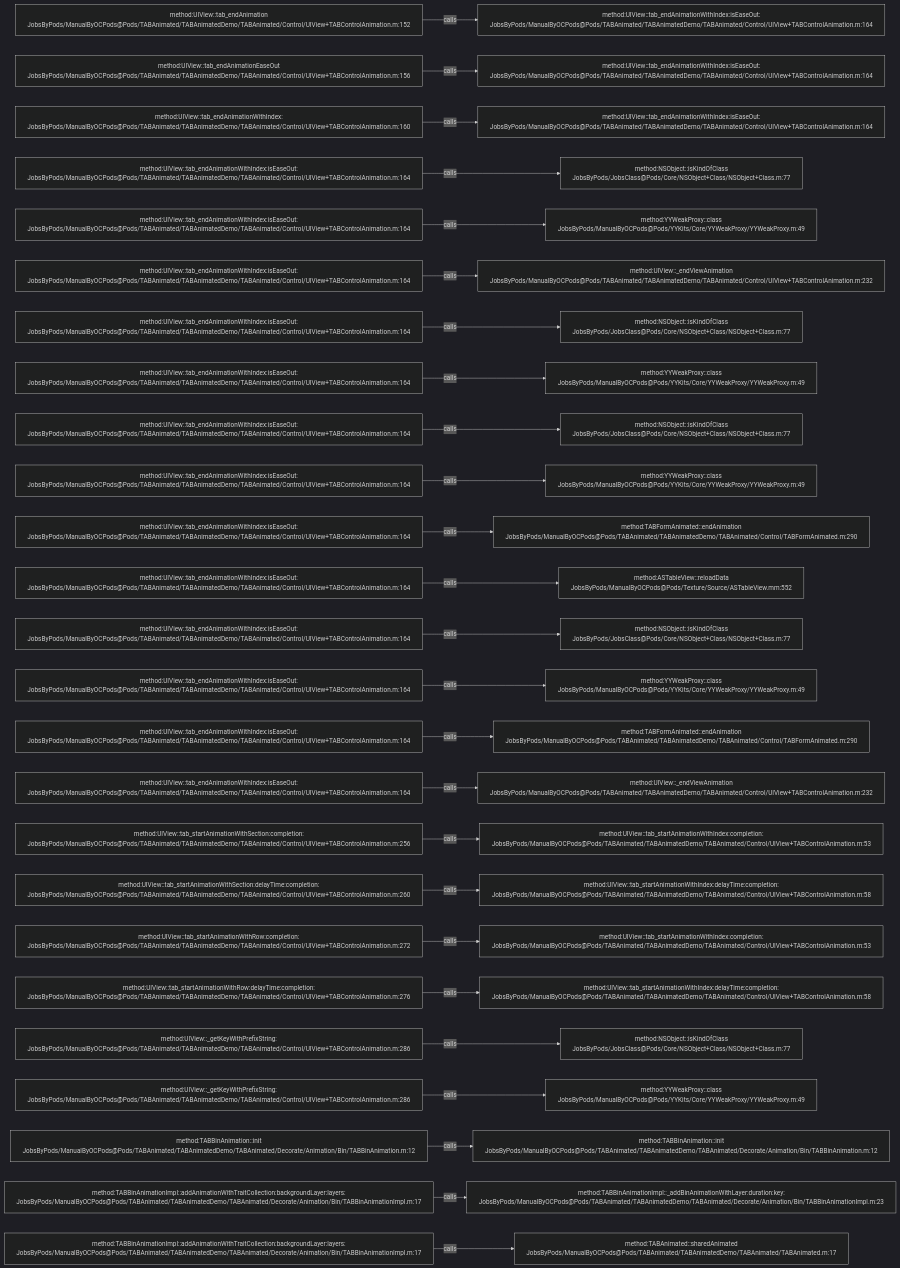
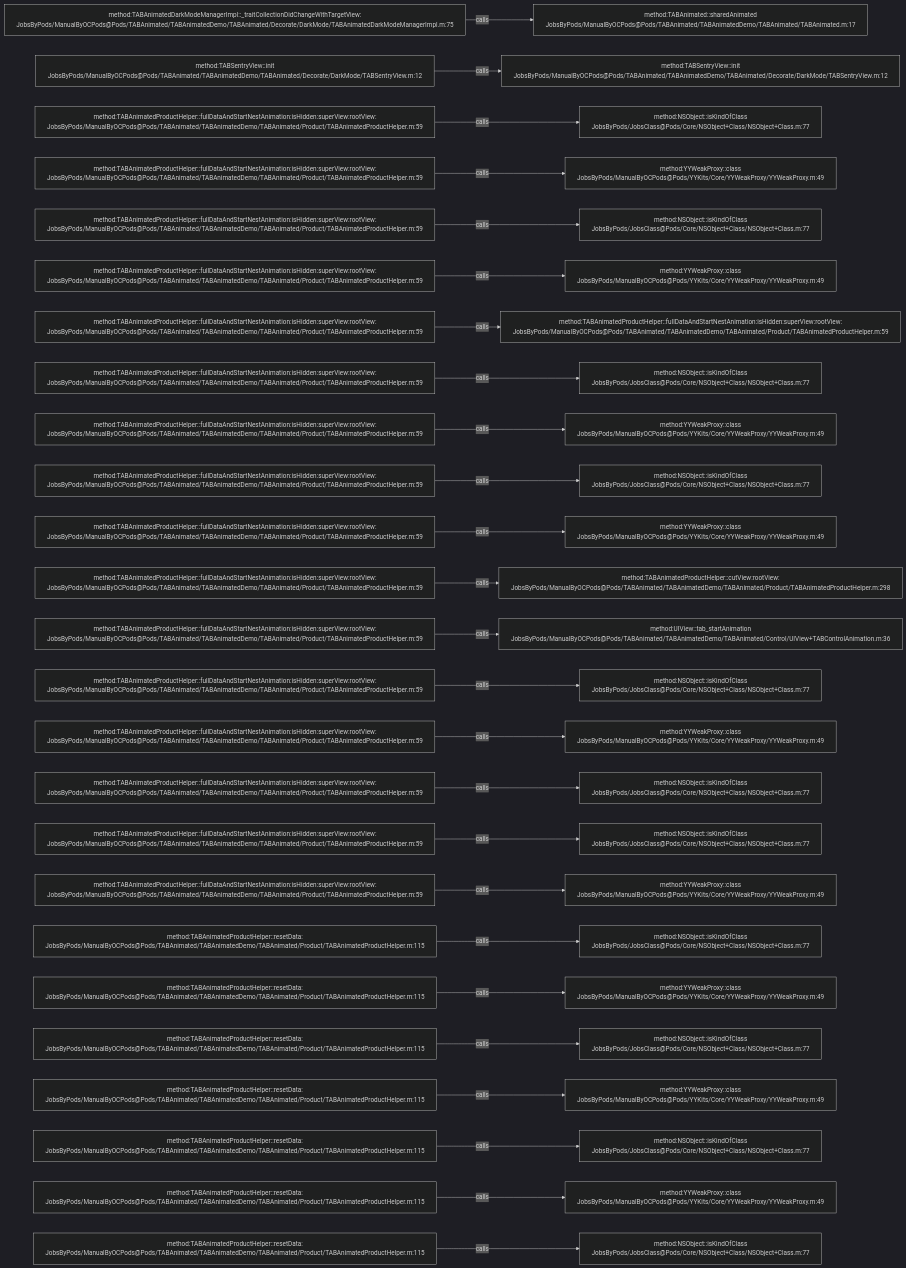
Before and after one commit to JobsKits/JobsOCBaseConfigDemo: the diagram in .codegraph/codegraph.md/graphs/calls-025.md, drawn with Mermaid (dark theme). The commit also changed 1448 other files, not shown here.

````diff
--- a/.codegraph/codegraph.md/graphs/calls-025.md
+++ b/.codegraph/codegraph.md/graphs/calls-025.md
@@ -13,78 +13,78 @@
 ```mermaid
 flowchart LR
-  S1["method:UIView::tab_endAnimation<br/>JobsByPods/ManualByOCPods@Pods/TABAnimated/TABAnimatedDemo/TABAnimated/Control/UIView+TABControlAnimation.m:152"]
-  T1["method:UIView::tab_endAnimationWithIndex:isEaseOut:<br/>JobsByPods/ManualByOCPods@Pods/TABAnimated/TABAnimatedDemo/TABAnimated/Control/UIView+TABControlAnimation.m:164"]
+  S1["method:TABAnimatedDarkModeManagerImpl::_traitCollectionDidChangeWithTargetView:<br/>JobsByPods/ManualByOCPods@Pods/TABAnimated/TABAnimatedDemo/TABAnimated/Decorate/DarkMode/TABAnimatedDarkModeManagerImpl.m:75"]
+  T1["method:TABAnimated::sharedAnimated<br/>JobsByPods/ManualByOCPods@Pods/TABAnimated/TABAnimatedDemo/TABAnimated/TABAnimated.m:17"]
   S1 -->|calls| T1
-  S2["method:UIView::tab_endAnimationEaseOut<br/>JobsByPods/ManualByOCPods@Pods/TABAnimated/TABAnimatedDemo/TABAnimated/Control/UIView+TABControlAnimation.m:156"]
-  T2["method:UIView::tab_endAnimationWithIndex:isEaseOut:<br/>JobsByPods/ManualByOCPods@Pods/TABAnimated/TABAnimatedDemo/TABAnimated/Control/UIView+TABControlAnimation.m:164"]
+  S2["method:TABSentryView::init<br/>JobsByPods/ManualByOCPods@Pods/TABAnimated/TABAnimatedDemo/TABAnimated/Decorate/DarkMode/TABSentryView.m:12"]
+  T2["method:TABSentryView::init<br/>JobsByPods/ManualByOCPods@Pods/TABAnimated/TABAnimatedDemo/TABAnimated/Decorate/DarkMode/TABSentryView.m:12"]
   S2 -->|calls| T2
-  S3["method:UIView::tab_endAnimationWithIndex:<br/>JobsByPods/ManualByOCPods@Pods/TABAnimated/TABAnimatedDemo/TABAnimated/Control/UIView+TABControlAnimation.m:160"]
-  T3["method:UIView::tab_endAnimationWithIndex:isEaseOut:<br/>JobsByPods/ManualByOCPods@Pods/TABAnimated/TABAnimatedDemo/TABAnimated/Control/UIView+TABControlAnimation.m:164"]
+  S3["method:TABAnimatedProductHelper::fullDataAndStartNestAnimation:isHidden:superView:rootView:<br/>JobsByPods/ManualByOCPods@Pods/TABAnimated/TABAnimatedDemo/TABAnimated/Product/TABAnimatedProductHelper.m:59"]
+  T3["method:NSObject::isKindOfClass<br/>JobsByPods/JobsClass@Pods/Core/NSObject+Class/NSObject+Class.m:77"]
   S3 -->|calls| T3
-  S4["method:UIView::tab_endAnimationWithIndex:isEaseOut:<br/>JobsByPods/ManualByOCPods@Pods/TABAnimated/TABAnimatedDemo/TABAnimated/Control/UIView+TABControlAnimation.m:164"]
-  T4["method:NSObject::isKindOfClass<br/>JobsByPods/JobsClass@Pods/Core/NSObject+Class/NSObject+Class.m:77"]
+  S4["method:TABAnimatedProductHelper::fullDataAndStartNestAnimation:isHidden:superView:rootView:<br/>JobsByPods/ManualByOCPods@Pods/TABAnimated/TABAnimatedDemo/TABAnimated/Product/TABAnimatedProductHelper.m:59"]
+  T4["method:YYWeakProxy::class<br/>JobsByPods/ManualByOCPods@Pods/YYKits/Core/YYWeakProxy/YYWeakProxy.m:49"]
   S4 -->|calls| T4
-  S5["method:UIView::tab_endAnimationWithIndex:isEaseOut:<br/>JobsByPods/ManualByOCPods@Pods/TABAnimated/TABAnimatedDemo/TABAnimated/Control/UIView+TABControlAnimation.m:164"]
-  T5["method:YYWeakProxy::class<br/>JobsByPods/ManualByOCPods@Pods/YYKits/Core/YYWeakProxy/YYWeakProxy.m:49"]
+  S5["method:TABAnimatedProductHelper::fullDataAndStartNestAnimation:isHidden:superView:rootView:<br/>JobsByPods/ManualByOCPods@Pods/TABAnimated/TABAnimatedDemo/TABAnimated/Product/TABAnimatedProductHelper.m:59"]
+  T5["method:NSObject::isKindOfClass<br/>JobsByPods/JobsClass@Pods/Core/NSObject+Class/NSObject+Class.m:77"]
   S5 -->|calls| T5
-  S6["method:UIView::tab_endAnimationWithIndex:isEaseOut:<br/>JobsByPods/ManualByOCPods@Pods/TABAnimated/TABAnimatedDemo/TABAnimated/Control/UIView+TABControlAnimation.m:164"]
-  T6["method:UIView::_endViewAnimation<br/>JobsByPods/ManualByOCPods@Pods/TABAnimated/TABAnimatedDemo/TABAnimated/Control/UIView+TABControlAnimation.m:232"]
+  S6["method:TABAnimatedProductHelper::fullDataAndStartNestAnimation:isHidden:superView:rootView:<br/>JobsByPods/ManualByOCPods@Pods/TABAnimated/TABAnimatedDemo/TABAnimated/Product/TABAnimatedProductHelper.m:59"]
+  T6["method:YYWeakProxy::class<br/>JobsByPods/ManualByOCPods@Pods/YYKits/Core/YYWeakProxy/YYWeakProxy.m:49"]
   S6 -->|calls| T6
-  S7["method:UIView::tab_endAnimationWithIndex:isEaseOut:<br/>JobsByPods/ManualByOCPods@Pods/TABAnimated/TABAnimatedDemo/TABAnimated/Control/UIView+TABControlAnimation.m:164"]
-  T7["method:NSObject::isKindOfClass<br/>JobsByPods/JobsClass@Pods/Core/NSObject+Class/NSObject+Class.m:77"]
+  S7["method:TABAnimatedProductHelper::fullDataAndStartNestAnimation:isHidden:superView:rootView:<br/>JobsByPods/ManualByOCPods@Pods/TABAnimated/TABAnimatedDemo/TABAnimated/Product/TABAnimatedProductHelper.m:59"]
+  T7["method:TABAnimatedProductHelper::fullDataAndStartNestAnimation:isHidden:superView:rootView:<br/>JobsByPods/ManualByOCPods@Pods/TABAnimated/TABAnimatedDemo/TABAnimated/Product/TABAnimatedProductHelper.m:59"]
   S7 -->|calls| T7
-  S8["method:UIView::tab_endAnimationWithIndex:isEaseOut:<br/>JobsByPods/ManualByOCPods@Pods/TABAnimated/TABAnimatedDemo/TABAnimated/Control/UIView+TABControlAnimation.m:164"]
-  T8["method:YYWeakProxy::class<br/>JobsByPods/ManualByOCPods@Pods/YYKits/Core/YYWeakProxy/YYWeakProxy.m:49"]
+  S8["method:TABAnimatedProductHelper::fullDataAndStartNestAnimation:isHidden:superView:rootView:<br/>JobsByPods/ManualByOCPods@Pods/TABAnimated/TABAnimatedDemo/TABAnimated/Product/TABAnimatedProductHelper.m:59"]
+  T8["method:NSObject::isKindOfClass<br/>JobsByPods/JobsClass@Pods/Core/NSObject+Class/NSObject+Class.m:77"]
   S8 -->|calls| T8
-  S9["method:UIView::tab_endAnimationWithIndex:isEaseOut:<br/>JobsByPods/ManualByOCPods@Pods/TABAnimated/TABAnimatedDemo/TABAnimated/Control/UIView+TABControlAnimation.m:164"]
-  T9["method:NSObject::isKindOfClass<br/>JobsByPods/JobsClass@Pods/Core/NSObject+Class/NSObject+Class.m:77"]
+  S9["method:TABAnimatedProductHelper::fullDataAndStartNestAnimation:isHidden:superView:rootView:<br/>JobsByPods/ManualByOCPods@Pods/TABAnimated/TABAnimatedDemo/TABAnimated/Product/TABAnimatedProductHelper.m:59"]
+  T9["method:YYWeakProxy::class<br/>JobsByPods/ManualByOCPods@Pods/YYKits/Core/YYWeakProxy/YYWeakProxy.m:49"]
   S9 -->|calls| T9
-  S10["method:UIView::tab_endAnimationWithIndex:isEaseOut:<br/>JobsByPods/ManualByOCPods@Pods/TABAnimated/TABAnimatedDemo/TABAnimated/Control/UIView+TABControlAnimation.m:164"]
-  T10["method:YYWeakProxy::class<br/>JobsByPods/ManualByOCPods@Pods/YYKits/Core/YYWeakProxy/YYWeakProxy.m:49"]
+  S10["method:TABAnimatedProductHelper::fullDataAndStartNestAnimation:isHidden:superView:rootView:<br/>JobsByPods/ManualByOCPods@Pods/TABAnimated/TABAnimatedDemo/TABAnimated/Product/TABAnimatedProductHelper.m:59"]
+  T10["method:NSObject::isKindOfClass<br/>JobsByPods/JobsClass@Pods/Core/NSObject+Class/NSObject+Class.m:77"]
   S10 -->|calls| T10
-  S11["method:UIView::tab_endAnimationWithIndex:isEaseOut:<br/>JobsByPods/ManualByOCPods@Pods/TABAnimated/TABAnimatedDemo/TABAnimated/Control/UIView+TABControlAnimation.m:164"]
-  T11["method:TABFormAnimated::endAnimation<br/>JobsByPods/ManualByOCPods@Pods/TABAnimated/TABAnimatedDemo/TABAnimated/Control/TABFormAnimated.m:290"]
+  S11["method:TABAnimatedProductHelper::fullDataAndStartNestAnimation:isHidden:superView:rootView:<br/>JobsByPods/ManualByOCPods@Pods/TABAnimated/TABAnimatedDemo/TABAnimated/Product/TABAnimatedProductHelper.m:59"]
+  T11["method:YYWeakProxy::class<br/>JobsByPods/ManualByOCPods@Pods/YYKits/Core/YYWeakProxy/YYWeakProxy.m:49"]
   S11 -->|calls| T11
-  S12["method:UIView::tab_endAnimationWithIndex:isEaseOut:<br/>JobsByPods/ManualByOCPods@Pods/TABAnimated/TABAnimatedDemo/TABAnimated/Control/UIView+TABControlAnimation.m:164"]
-  T12["method:ASTableView::reloadData<br/>JobsByPods/ManualByOCPods@Pods/Texture/Source/ASTableView.mm:552"]
+  S12["method:TABAnimatedProductHelper::fullDataAndStartNestAnimation:isHidden:superView:rootView:<br/>JobsByPods/ManualByOCPods@Pods/TABAnimated/TABAnimatedDemo/TABAnimated/Product/TABAnimatedProductHelper.m:59"]
+  T12["method:TABAnimatedProductHelper::cutView:rootView:<br/>JobsByPods/ManualByOCPods@Pods/TABAnimated/TABAnimatedDemo/TABAnimated/Product/TABAnimatedProductHelper.m:298"]
   S12 -->|calls| T12
-  S13["method:UIView::tab_endAnimationWithIndex:isEaseOut:<br/>JobsByPods/ManualByOCPods@Pods/TABAnimated/TABAnimatedDemo/TABAnimated/Control/UIView+TABControlAnimation.m:164"]
-  T13["method:NSObject::isKindOfClass<br/>JobsByPods/JobsClass@Pods/Core/NSObject+Class/NSObject+Class.m:77"]
+  S13["method:TABAnimatedProductHelper::fullDataAndStartNestAnimation:isHidden:superView:rootView:<br/>JobsByPods/ManualByOCPods@Pods/TABAnimated/TABAnimatedDemo/TABAnimated/Product/TABAnimatedProductHelper.m:59"]
+  T13["method:UIView::tab_startAnimation<br/>JobsByPods/ManualByOCPods@Pods/TABAnimated/TABAnimatedDemo/TABAnimated/Control/UIView+TABControlAnimation.m:36"]
   S13 -->|calls| T13
-  S14["method:UIView::tab_endAnimationWithIndex:isEaseOut:<br/>JobsByPods/ManualByOCPods@Pods/TABAnimated/TABAnimatedDemo/TABAnimated/Control/UIView+TABControlAnimation.m:164"]
-  T14["method:YYWeakProxy::class<br/>JobsByPods/ManualByOCPods@Pods/YYKits/Core/YYWeakProxy/YYWeakProxy.m:49"]
+  S14["method:TABAnimatedProductHelper::fullDataAndStartNestAnimation:isHidden:superView:rootView:<br/>JobsByPods/ManualByOCPods@Pods/TABAnimated/TABAnimatedDemo/TABAnimated/Product/TABAnimatedProductHelper.m:59"]
+  T14["method:NSObject::isKindOfClass<br/>JobsByPods/JobsClass@Pods/Core/NSObject+Class/NSObject+Class.m:77"]
   S14 -->|calls| T14
-  S15["method:UIView::tab_endAnimationWithIndex:isEaseOut:<br/>JobsByPods/ManualByOCPods@Pods/TABAnimated/TABAnimatedDemo/TABAnimated/Control/UIView+TABControlAnimation.m:164"]
-  T15["method:TABFormAnimated::endAnimation<br/>JobsByPods/ManualByOCPods@Pods/TABAnimated/TABAnimatedDemo/TABAnimated/Control/TABFormAnimated.m:290"]
+  S15["method:TABAnimatedProductHelper::fullDataAndStartNestAnimation:isHidden:superView:rootView:<br/>JobsByPods/ManualByOCPods@Pods/TABAnimated/TABAnimatedDemo/TABAnimated/Product/TABAnimatedProductHelper.m:59"]
+  T15["method:YYWeakProxy::class<br/>JobsByPods/ManualByOCPods@Pods/YYKits/Core/YYWeakProxy/YYWeakProxy.m:49"]
   S15 -->|calls| T15
-  S16["method:UIView::tab_endAnimationWithIndex:isEaseOut:<br/>JobsByPods/ManualByOCPods@Pods/TABAnimated/TABAnimatedDemo/TABAnimated/Control/UIView+TABControlAnimation.m:164"]
-  T16["method:UIView::_endViewAnimation<br/>JobsByPods/ManualByOCPods@Pods/TABAnimated/TABAnimatedDemo/TABAnimated/Control/UIView+TABControlAnimation.m:232"]
+  S16["method:TABAnimatedProductHelper::fullDataAndStartNestAnimation:isHidden:superView:rootView:<br/>JobsByPods/ManualByOCPods@Pods/TABAnimated/TABAnimatedDemo/TABAnimated/Product/TABAnimatedProductHelper.m:59"]
+  T16["method:NSObject::isKindOfClass<br/>JobsByPods/JobsClass@Pods/Core/NSObject+Class/NSObject+Class.m:77"]
   S16 -->|calls| T16
-  S17["method:UIView::tab_startAnimationWithSection:completion:<br/>JobsByPods/ManualByOCPods@Pods/TABAnimated/TABAnimatedDemo/TABAnimated/Control/UIView+TABControlAnimation.m:256"]
-  T17["method:UIView::tab_startAnimationWithIndex:completion:<br/>JobsByPods/ManualByOCPods@Pods/TABAnimated/TABAnimatedDemo/TABAnimated/Control/UIView+TABControlAnimation.m:53"]
+  S17["method:TABAnimatedProductHelper::fullDataAndStartNestAnimation:isHidden:superView:rootView:<br/>JobsByPods/ManualByOCPods@Pods/TABAnimated/TABAnimatedDemo/TABAnimated/Product/TABAnimatedProductHelper.m:59"]
+  T17["method:NSObject::isKindOfClass<br/>JobsByPods/JobsClass@Pods/Core/NSObject+Class/NSObject+Class.m:77"]
   S17 -->|calls| T17
-  S18["method:UIView::tab_startAnimationWithSection:delayTime:completion:<br/>JobsByPods/ManualByOCPods@Pods/TABAnimated/TABAnimatedDemo/TABAnimated/Control/UIView+TABControlAnimation.m:260"]
-  T18["method:UIView::tab_startAnimationWithIndex:delayTime:completion:<br/>JobsByPods/ManualByOCPods@Pods/TABAnimated/TABAnimatedDemo/TABAnimated/Control/UIView+TABControlAnimation.m:58"]
+  S18["method:TABAnimatedProductHelper::fullDataAndStartNestAnimation:isHidden:superView:rootView:<br/>JobsByPods/ManualByOCPods@Pods/TABAnimated/TABAnimatedDemo/TABAnimated/Product/TABAnimatedProductHelper.m:59"]
+  T18["method:YYWeakProxy::class<br/>JobsByPods/ManualByOCPods@Pods/YYKits/Core/YYWeakProxy/YYWeakProxy.m:49"]
   S18 -->|calls| T18
-  S19["method:UIView::tab_startAnimationWithRow:completion:<br/>JobsByPods/ManualByOCPods@Pods/TABAnimated/TABAnimatedDemo/TABAnimated/Control/UIView+TABControlAnimation.m:272"]
-  T19["method:UIView::tab_startAnimationWithIndex:completion:<br/>JobsByPods/ManualByOCPods@Pods/TABAnimated/TABAnimatedDemo/TABAnimated/Control/UIView+TABControlAnimation.m:53"]
+  S19["method:TABAnimatedProductHelper::resetData:<br/>JobsByPods/ManualByOCPods@Pods/TABAnimated/TABAnimatedDemo/TABAnimated/Product/TABAnimatedProductHelper.m:115"]
+  T19["method:NSObject::isKindOfClass<br/>JobsByPods/JobsClass@Pods/Core/NSObject+Class/NSObject+Class.m:77"]
   S19 -->|calls| T19
-  S20["method:UIView::tab_startAnimationWithRow:delayTime:completion:<br/>JobsByPods/ManualByOCPods@Pods/TABAnimated/TABAnimatedDemo/TABAnimated/Control/UIView+TABControlAnimation.m:276"]
-  T20["method:UIView::tab_startAnimationWithIndex:delayTime:completion:<br/>JobsByPods/ManualByOCPods@Pods/TABAnimated/TABAnimatedDemo/TABAnimated/Control/UIView+TABControlAnimation.m:58"]
+  S20["method:TABAnimatedProductHelper::resetData:<br/>JobsByPods/ManualByOCPods@Pods/TABAnimated/TABAnimatedDemo/TABAnimated/Product/TABAnimatedProductHelper.m:115"]
+  T20["method:YYWeakProxy::class<br/>JobsByPods/ManualByOCPods@Pods/YYKits/Core/YYWeakProxy/YYWeakProxy.m:49"]
   S20 -->|calls| T20
-  S21["method:UIView::_getKeyWithPrefixString:<br/>JobsByPods/ManualByOCPods@Pods/TABAnimated/TABAnimatedDemo/TABAnimated/Control/UIView+TABControlAnimation.m:286"]
+  S21["method:TABAnimatedProductHelper::resetData:<br/>JobsByPods/ManualByOCPods@Pods/TABAnimated/TABAnimatedDemo/TABAnimated/Product/TABAnimatedProductHelper.m:115"]
   T21["method:NSObject::isKindOfClass<br/>JobsByPods/JobsClass@Pods/Core/NSObject+Class/NSObject+Class.m:77"]
   S21 -->|calls| T21
-  S22["method:UIView::_getKeyWithPrefixString:<br/>JobsByPods/ManualByOCPods@Pods/TABAnimated/TABAnimatedDemo/TABAnimated/Control/UIView+TABControlAnimation.m:286"]
+  S22["method:TABAnimatedProductHelper::resetData:<br/>JobsByPods/ManualByOCPods@Pods/TABAnimated/TABAnimatedDemo/TABAnimated/Product/TABAnimatedProductHelper.m:115"]
   T22["method:YYWeakProxy::class<br/>JobsByPods/ManualByOCPods@Pods/YYKits/Core/YYWeakProxy/YYWeakProxy.m:49"]
   S22 -->|calls| T22
-  S23["method:TABBinAnimation::init<br/>JobsByPods/ManualByOCPods@Pods/TABAnimated/TABAnimatedDemo/TABAnimated/Decorate/Animation/Bin/TABBinAnimation.m:12"]
-  T23["method:TABBinAnimation::init<br/>JobsByPods/ManualByOCPods@Pods/TABAnimated/TABAnimatedDemo/TABAnimated/Decorate/Animation/Bin/TABBinAnimation.m:12"]
+  S23["method:TABAnimatedProductHelper::resetData:<br/>JobsByPods/ManualByOCPods@Pods/TABAnimated/TABAnimatedDemo/TABAnimated/Product/TABAnimatedProductHelper.m:115"]
+  T23["method:NSObject::isKindOfClass<br/>JobsByPods/JobsClass@Pods/Core/NSObject+Class/NSObject+Class.m:77"]
   S23 -->|calls| T23
-  S24["method:TABBinAnimationImpl::addAnimationWithTraitCollection:backgroundLayer:layers:<br/>JobsByPods/ManualByOCPods@Pods/TABAnimated/TABAnimatedDemo/TABAnimated/Decorate/Animation/Bin/TABBinAnimationImpl.m:17"]
-  T24["method:TABBinAnimationImpl::_addBinAnimationWithLayer:duration:key:<br/>JobsByPods/ManualByOCPods@Pods/TABAnimated/TABAnimatedDemo/TABAnimated/Decorate/Animation/Bin/TABBinAnimationImpl.m:23"]
+  S24["method:TABAnimatedProductHelper::resetData:<br/>JobsByPods/ManualByOCPods@Pods/TABAnimated/TABAnimatedDemo/TABAnimated/Product/TABAnimatedProductHelper.m:115"]
+  T24["method:YYWeakProxy::class<br/>JobsByPods/ManualByOCPods@Pods/YYKits/Core/YYWeakProxy/YYWeakProxy.m:49"]
   S24 -->|calls| T24
-  S25["method:TABBinAnimationImpl::addAnimationWithTraitCollection:backgroundLayer:layers:<br/>JobsByPods/ManualByOCPods@Pods/TABAnimated/TABAnimatedDemo/TABAnimated/Decorate/Animation/Bin/TABBinAnimationImpl.m:17"]
-  T25["method:TABAnimated::sharedAnimated<br/>JobsByPods/ManualByOCPods@Pods/TABAnimated/TABAnimatedDemo/TABAnimated/TABAnimated.m:17"]
+  S25["method:TABAnimatedProductHelper::resetData:<br/>JobsByPods/ManualByOCPods@Pods/TABAnimated/TABAnimatedDemo/TABAnimated/Product/TABAnimatedProductHelper.m:115"]
+  T25["method:NSObject::isKindOfClass<br/>JobsByPods/JobsClass@Pods/Core/NSObject+Class/NSObject+Class.m:77"]
   S25 -->|calls| T25
 ```
````
